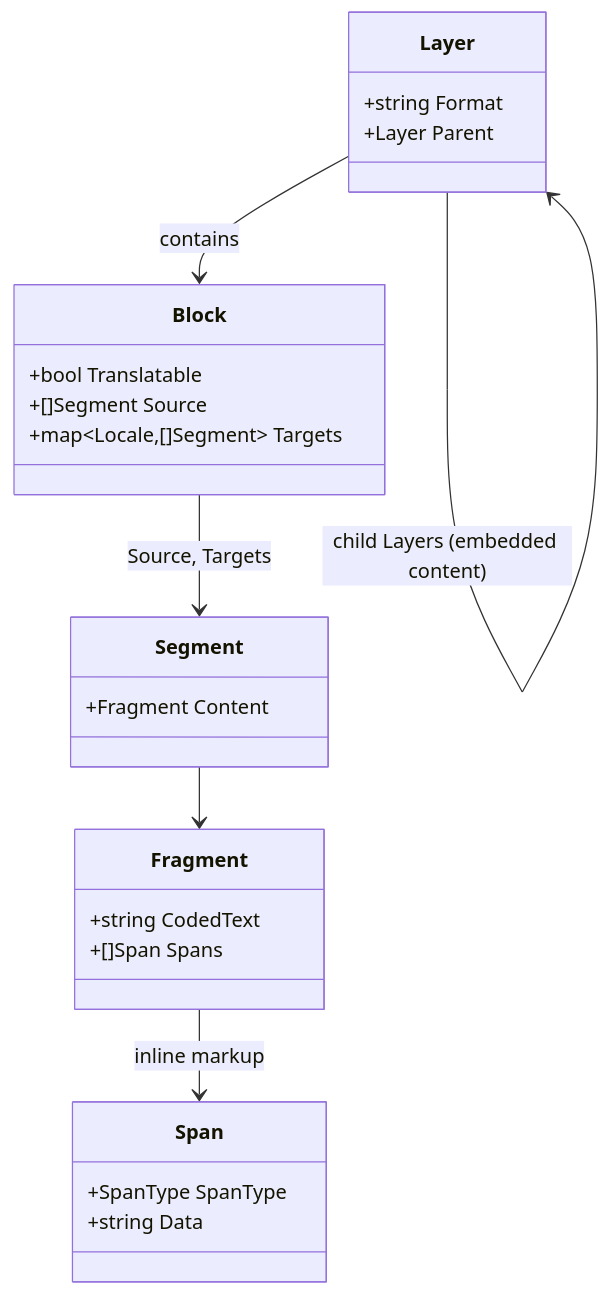
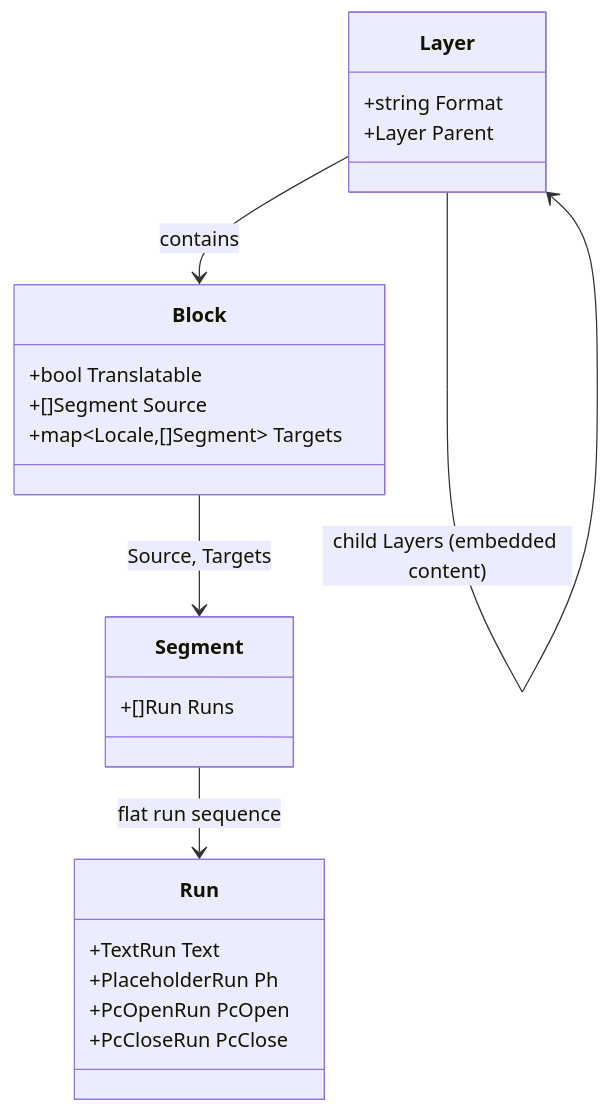
One commit to neokapi/neokapi changed the diagram in web/docs/docs/framework/content-model.md. Above: the diagram before and after it, drawn with Mermaid. The commit also changed other lines of this file and 14 other files, not shown here.

First line of the commit message:
docs: Run-model content docs + AD/CLAUDE.md drift fixes (#682)

````diff
--- a/web/docs/docs/framework/content-model.md
+++ b/web/docs/docs/framework/content-model.md
@@ -53,28 +53,25 @@
 ```mermaid
 classDiagram
     class Layer {
         +string Format
         +Layer Parent
     }
     class Block {
         +bool Translatable
         +[]Segment Source
         +map~Locale,[]Segment~ Targets
     }
     class Segment {
-        +Fragment Content
+        +[]Run Runs
     }
-    class Fragment {
-        +string CodedText
-        +[]Span Spans
-    }
-    class Span {
-        +SpanType SpanType
-        +string Data
+    class Run {
+        +TextRun Text
+        +PlaceholderRun Ph
+        +PcOpenRun PcOpen
+        +PcCloseRun PcClose
     }
     Layer --> Layer : child Layers (embedded content)
     Layer --> Block : contains
     Block --> Segment : Source, Targets
-    Segment --> Fragment
-    Fragment --> Span : inline markup
+    Segment --> Run : flat run sequence
 ```
````
